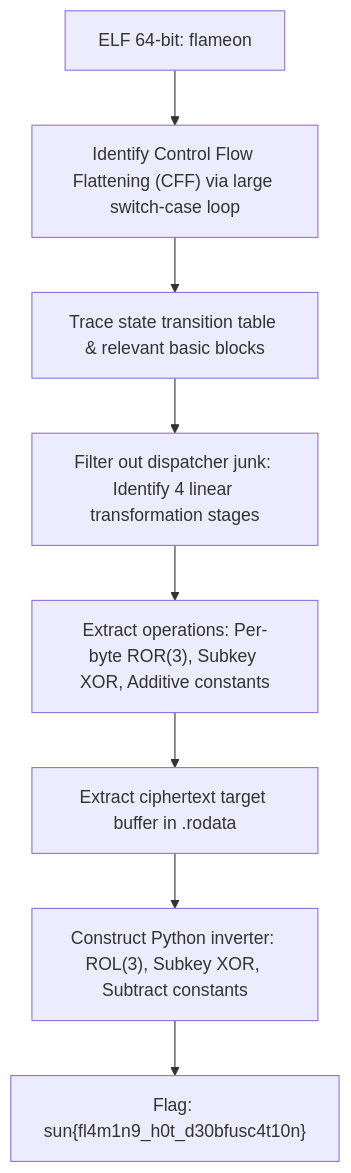
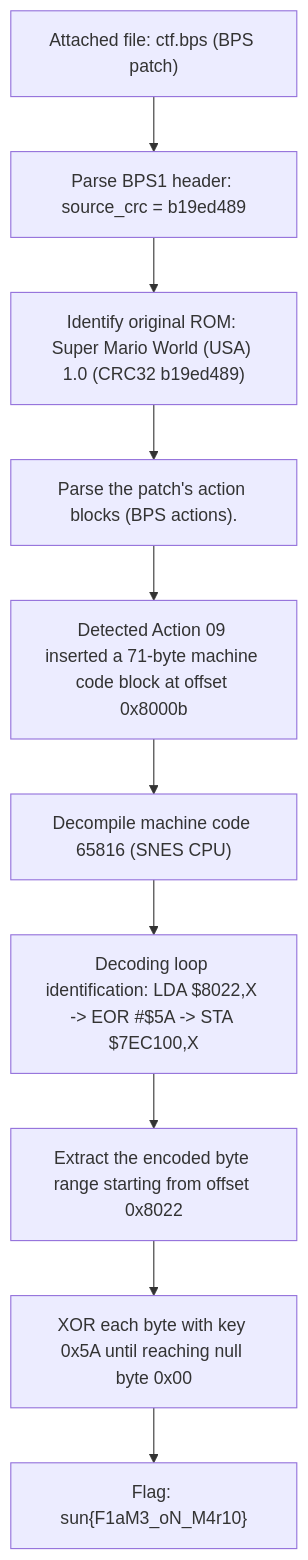
The second of 2 diagrams in _posts/2026-09-26-flameon.md (Lizamort1/ctf-writeups), drawn with Mermaid before and after one commit. The commit also changed other lines of this file and 42 other files, not shown here.

Commit message:
fix: synchronize bilingual writeups and redraw diagrams

````diff
--- a/_posts/2026-09-26-flameon.md
+++ b/_posts/2026-09-26-flameon.md
@@ -162,10 +163,12 @@
 ```mermaid
 flowchart TD
-    A["ELF 64-bit: flameon"] --> B["Identify Control Flow Flattening (CFF) via large switch-case loop"]
-    B --> C["Trace state transition table & relevant basic blocks"]
-    C --> D["Filter out dispatcher junk: Identify 4 linear transformation stages"]
-    D --> E["Extract operations: Per-byte ROR(3), Subkey XOR, Additive constants"]
-    E --> F["Extract ciphertext target buffer in .rodata"]
-    F --> G["Construct Python inverter: ROL(3), Subkey XOR, Subtract constants"]
-    G --> H["Flag: sun{fl4m1n9_h0t_d30bfusc4t10n}"]
+    A["Attached file: ctf.bps (BPS patch)"] --> B["Parse BPS1 header: source_crc = b19ed489"]
+    B --> C["Identify original ROM: Super Mario World (USA) 1.0 (CRC32 b19ed489)"]
+    C --> D["Parse the patch's action blocks (BPS actions)."]
+    D --> E["Detected Action 09 inserted a 71-byte machine code block at offset 0x8000b"]
+    E --> F["Decompile machine code 65816 (SNES CPU)"]
+    F --> G["Decoding loop identification: LDA $8022,X -> EOR #$5A -> STA $7EC100,X"]
+    G --> H["Extract the encoded byte range starting from offset 0x8022"]
+    H --> I["XOR each byte with key 0x5A until reaching null byte 0x00"]
+    I --> J["Flag: sun{F1aM3_oN_M4r10}"]
 ```
````
